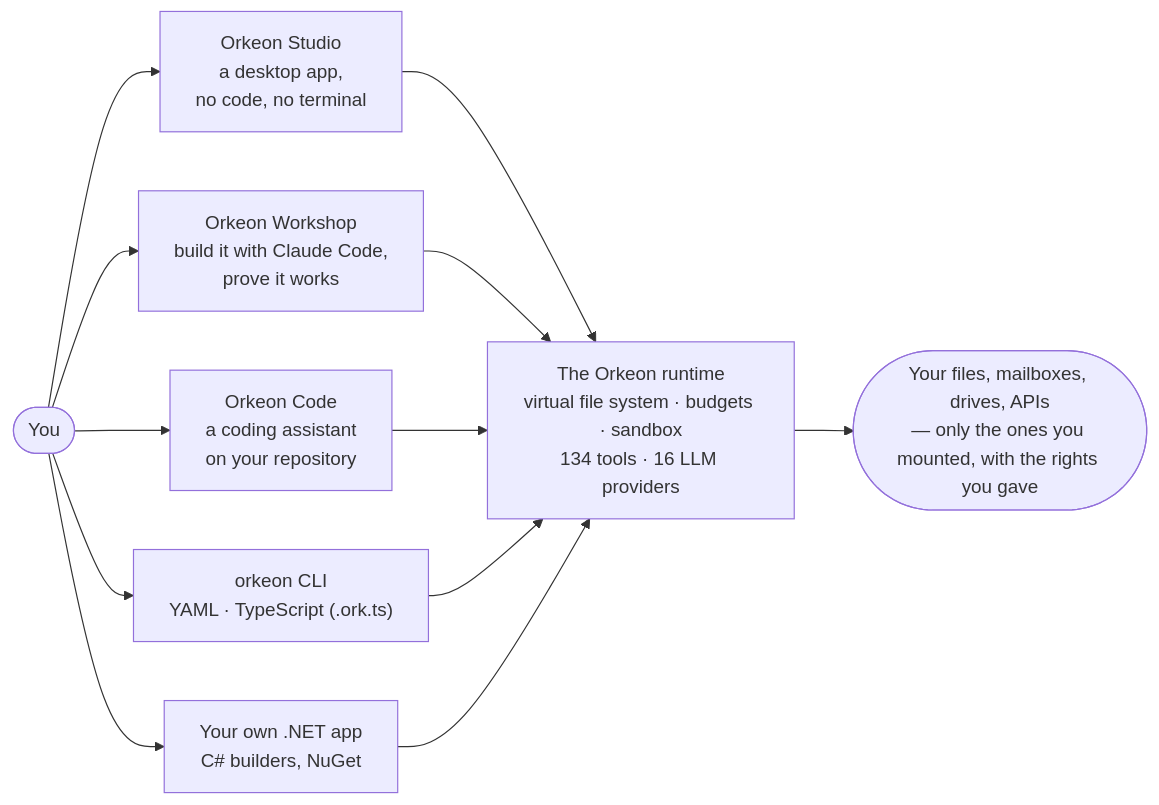
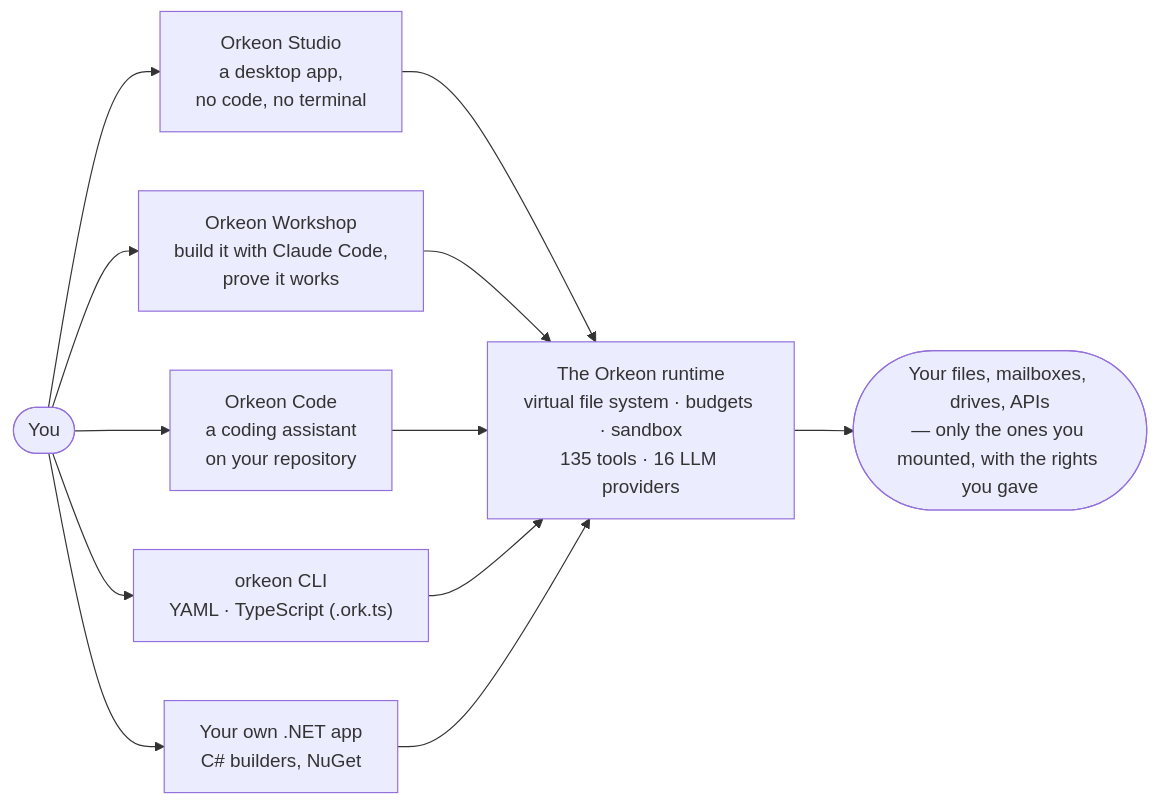
The diagram in README.md (Orkeon/orkeon), drawn with Mermaid before and after one commit. The commit also changed other lines of this file and 219 other files, not shown here.

````diff
--- a/README.md
+++ b/README.md
@@ -43,10 +43,10 @@
 ```mermaid
 flowchart LR
     you(["You"]) --> workshop["Orkeon Workshop<br/>build it with Claude Code,<br/>prove it works"]
     you --> studio["Orkeon Studio<br/>a desktop app,<br/>no code, no terminal"]
     you --> code["Orkeon Code<br/>a coding assistant<br/>on your repository"]
     you --> cli["orkeon CLI<br/>YAML · TypeScript (.ork.ts)"]
     you --> app["Your own .NET app<br/>C# builders, NuGet"]
-    studio & workshop & code & cli & app --> runtime["The Orkeon runtime<br/>virtual file system · budgets · sandbox<br/>134 tools · 16 LLM providers"]
+    studio & workshop & code & cli & app --> runtime["The Orkeon runtime<br/>virtual file system · budgets · sandbox<br/>135 tools · 16 LLM providers"]
     runtime --> world(["Your files, mailboxes, drives, APIs<br/>— only the ones you mounted, with the rights you gave"])
 ```
````
